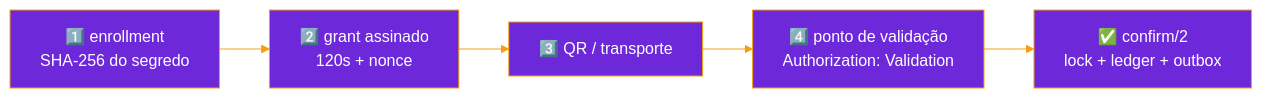
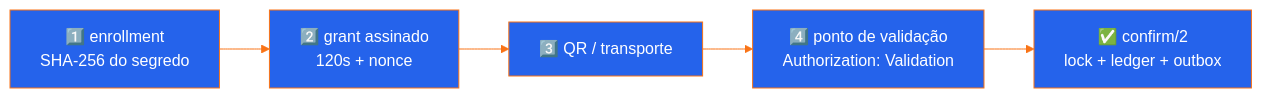
The fifth of 5 diagrams in README.md (gabrielmaialva33/clubeira), drawn with Mermaid before and after one commit. The commit also changed other lines of this file and 3 other files, not shown here.

````diff
--- a/README.md
+++ b/README.md
@@ -726,8 +730,8 @@
 ```mermaid
-%%{init: {'theme': 'base', 'themeVariables': { 'primaryColor': '#6D28D9', 'primaryTextColor': '#fff', 'primaryBorderColor': '#F59E0B', 'lineColor': '#F59E0B'}}}%%
+%%{init: {'theme': 'base', 'themeVariables': { 'primaryColor': '#2563EB', 'primaryTextColor': '#fff', 'primaryBorderColor': '#F97316', 'lineColor': '#F97316'}}}%%
 flowchart LR
     E["1️⃣ enrollment<br/>SHA-256 do segredo"] --> G["2️⃣ grant assinado<br/>120s + nonce"]
     G --> Q["3️⃣ QR / transporte"]
     Q --> V["4️⃣ ponto de validação<br/>Authorization: Validation"]
     V --> C["✅ confirm/2<br/>lock + ledger + outbox"]
 ```
````
